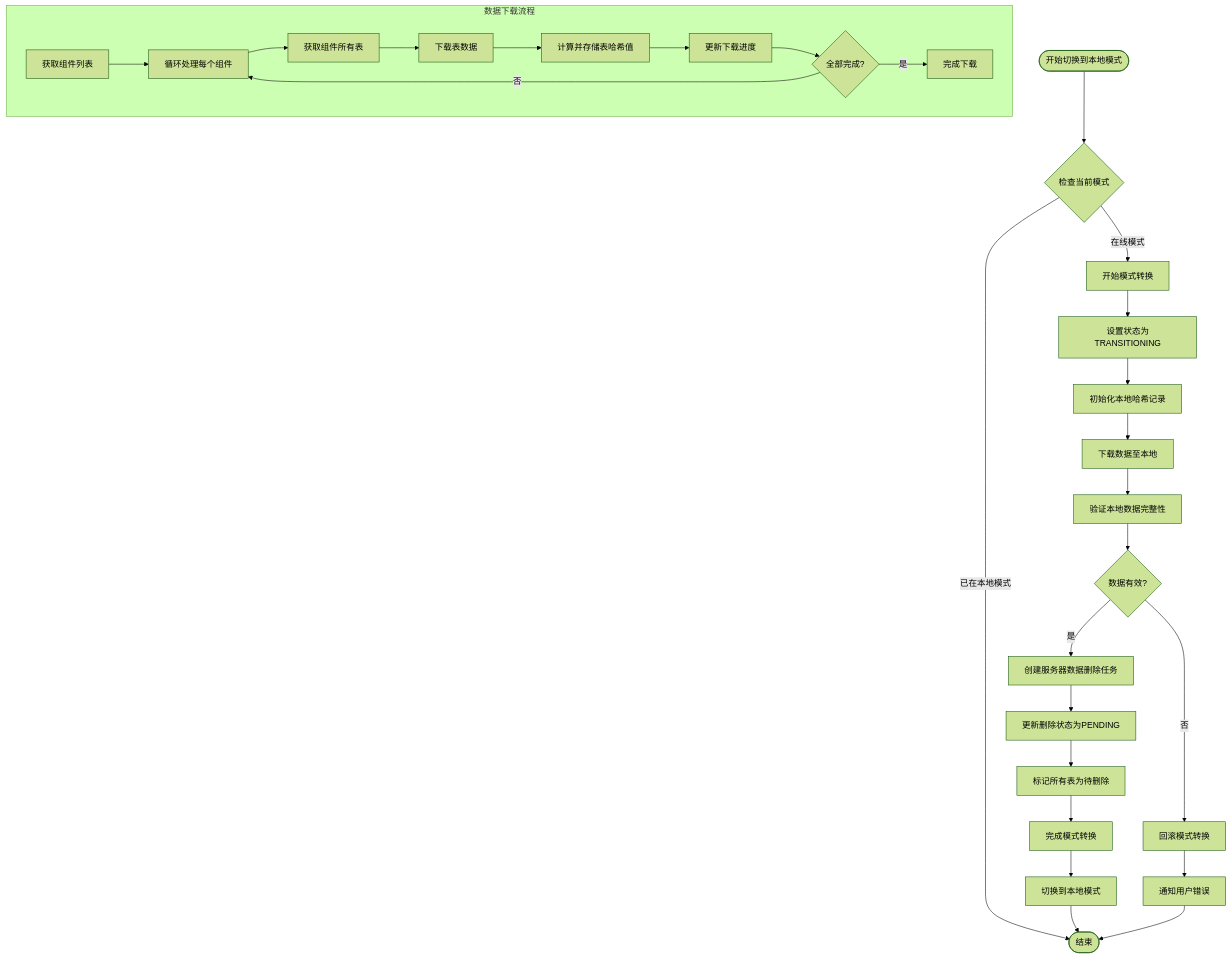
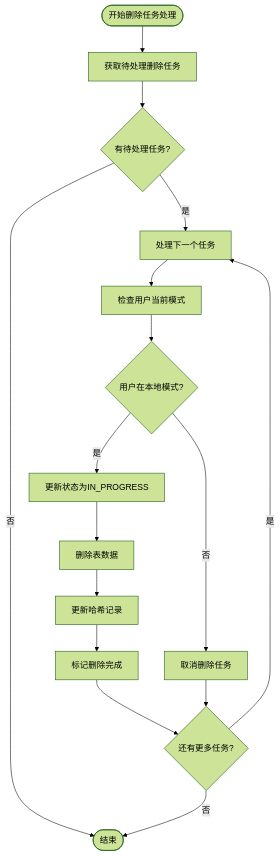
One commit to yingjianzh/iodraw-files changed the diagram in all/未命名-51.md. Above: the diagram before and after it, drawn with Mermaid (forest theme).

Commit message:
2025-05-08 15:00:14 update

````diff
--- a/all/未命名-51.md
+++ b/all/未命名-51.md
@@ -1,38 +1,24 @@
 ```mermaid
 flowchart TD
-    Start([开始切换到本地模式]) --> CheckCurrentMode{检查当前模式}
-    CheckCurrentMode -->|已在本地模式| End([结束])
-    CheckCurrentMode -->|在线模式| BeginTransition[开始模式转换]
+    Start([开始删除任务处理]) --> FetchPendingTasks[获取待处理删除任务]
+    FetchPendingTasks --> TasksExist{有待处理任务?}
     
-    BeginTransition --> UpdateModeState[设置状态为TRANSITIONING]
-    UpdateModeState --> InitLocalHashes[初始化本地哈希记录]
+    TasksExist -->|否| End([结束])
+    TasksExist -->|是| ProcessNextTask[处理下一个任务]
     
-    InitLocalHashes --> DownloadData[下载数据至本地]
+    ProcessNextTask --> CheckUserMode[检查用户当前模式]
+    CheckUserMode --> UserInLocalMode{用户在本地模式?}
     
-    subgraph DownloadProcess [数据下载流程]
-        A[获取组件列表] --> B[循环处理每个组件]
-        B --> C[获取组件所有表]
-        C --> D[下载表数据]
-        D --> E[计算并存储表哈希值]
-        E --> F[更新下载进度]
-        F --> G{全部完成?}
-        G -->|否| B
-        G -->|是| H[完成下载]
-    end
+    UserInLocalMode -->|否| CancelTask[取消删除任务]
+    UserInLocalMode -->|是| UpdateTaskStatus[更新状态为IN_PROGRESS]
     
-    DownloadData --> VerifyLocalData[验证本地数据完整性]
-    VerifyLocalData --> DataValid{数据有效?}
+    UpdateTaskStatus --> DeleteTableData[删除表数据]
+    DeleteTableData --> UpdateHashRecord[更新哈希记录]
+    UpdateHashRecord --> MarkDeletionComplete[标记删除完成]
     
-    DataValid -->|是| CreateDeletionTask[创建服务器数据删除任务]
-    DataValid -->|否| RollbackTransition[回滚模式转换]
+    MarkDeletionComplete --> CheckMoreTasks{还有更多任务?}
+    CancelTask --> CheckMoreTasks
     
-    CreateDeletionTask --> UpdateDeletionStatus[更新删除状态为PENDING]
-    UpdateDeletionStatus --> MarkTablesForDeletion[标记所有表为待删除]
-    
-    MarkTablesForDeletion --> CompleteTransition[完成模式转换]
-    CompleteTransition --> SwitchToLocalMode[切换到本地模式]
-    SwitchToLocalMode --> End
-    
-    RollbackTransition --> NotifyError[通知用户错误]
-    NotifyError --> End
+    CheckMoreTasks -->|是| ProcessNextTask
+    CheckMoreTasks -->|否| End
 ```
````
